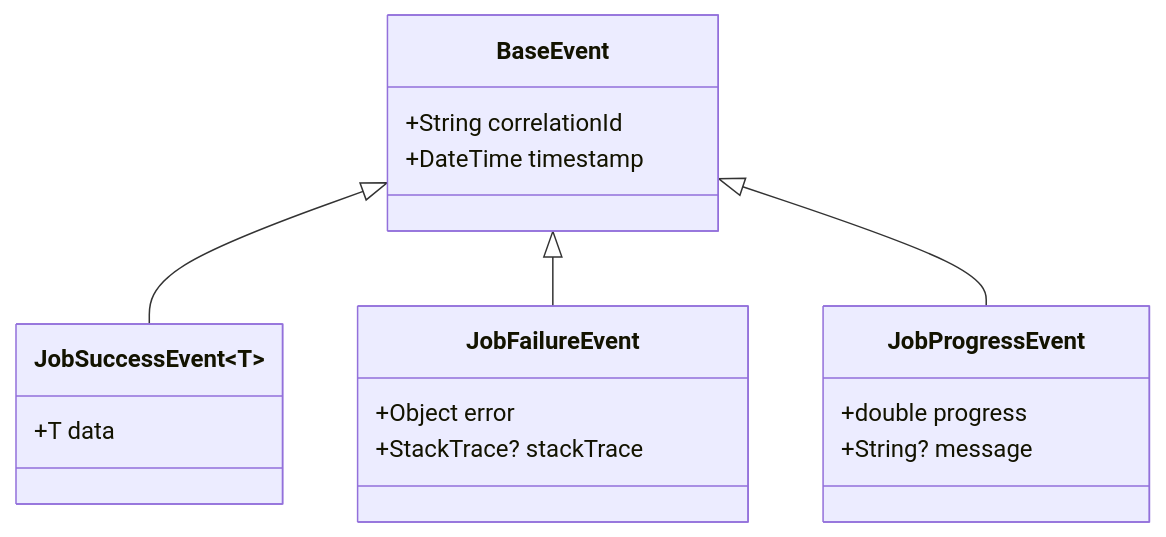
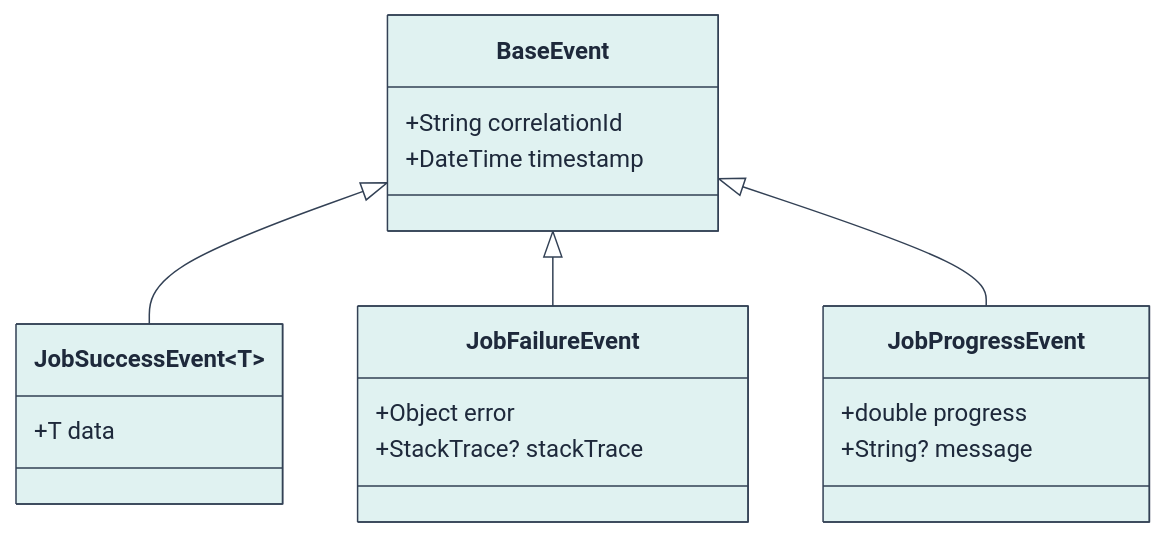
The second of 13 diagrams in book/vi/chapters/03_core_implementation.md (lploc94/flutter_orchestrator), drawn with Mermaid before and after one commit. The commit also changed other lines of this file and 1 other file, not shown here.

First line of the commit message:
docs(book): add theme styling to class/state diagrams in Ch3

````diff
--- a/book/vi/chapters/03_core_implementation.md
+++ b/book/vi/chapters/03_core_implementation.md
@@ -52,25 +53,26 @@
 ```mermaid
+%%{init: {'theme': 'base', 'themeVariables': { 'primaryColor': '#e0f2f1', 'primaryTextColor': '#1e293b', 'primaryBorderColor': '#334155', 'lineColor': '#334155', 'secondaryColor': '#fef3c7', 'tertiaryColor': '#fee2e2' }}}%%
 classDiagram
     class BaseEvent {
         +String correlationId
         +DateTime timestamp
     }
     
     class JobSuccessEvent~T~ {
         +T data
     }
     
     class JobFailureEvent {
         +Object error
         +StackTrace? stackTrace
     }
     
     class JobProgressEvent {
         +double progress
         +String? message
     }
     
     BaseEvent <|-- JobSuccessEvent
     BaseEvent <|-- JobFailureEvent
     BaseEvent <|-- JobProgressEvent
 ```
````
